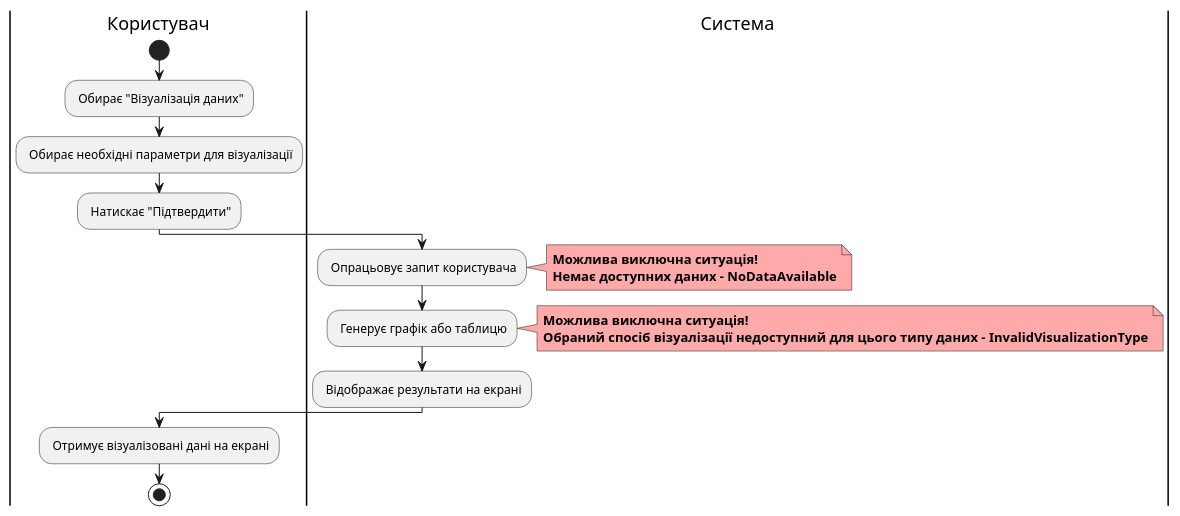
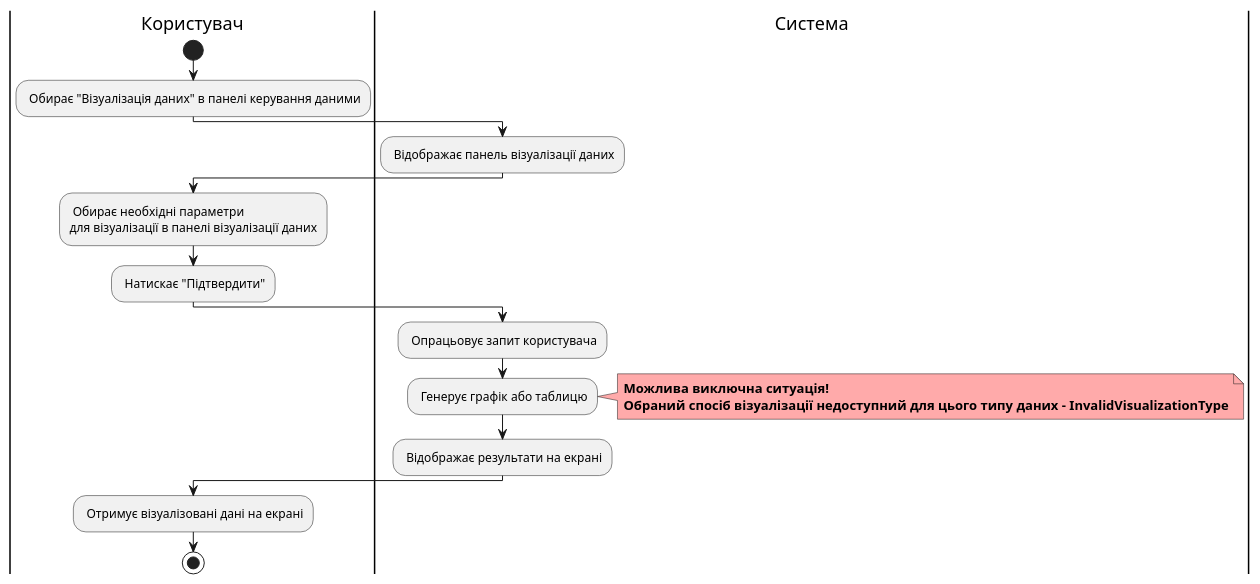
Before and after one commit to watashone/db-labs: the ninth of 19 diagrams in docs/use cases/README.md, drawn with PlantUML. The commit also changed other lines of this file, not shown here.

```diff
--- a/docs/use cases/README.md
+++ b/docs/use cases/README.md
@@ -277,24 +298,23 @@
 @startuml
 
     |Користувач|
         start
-        : Обирає "Візуалізація даних";
-        : Обирає необхідні параметри для візуалізації;
+        : Обирає "Візуалізація даних" в панелі керування даними;
+    |Система|
+        : Відображає панель візуалізації даних;
+    |Користувач|
+        : Обирає необхідні параметри \nдля візуалізації в панелі візуалізації даних;
         : Натискає "Підтвердити";
     |Система|
         : Опрацьовує запит користувача;
-        note right #ffaaaa
-        <b>Можлива виключна ситуація!</b>
-        <b>Немає доступних даних - NoDataAvailable</b>
-        end note
         : Генерує графік або таблицю;
         note right #ffaaaa
         <b>Можлива виключна ситуація!</b>
         <b>Обраний спосіб візуалізації недоступний для цього типу даних - InvalidVisualizationType</b>
         end note
         : Відображає результати на екрані;
     |Користувач|
         : Отримує візуалізовані дані на екрані;
         stop
         
 @enduml
```
